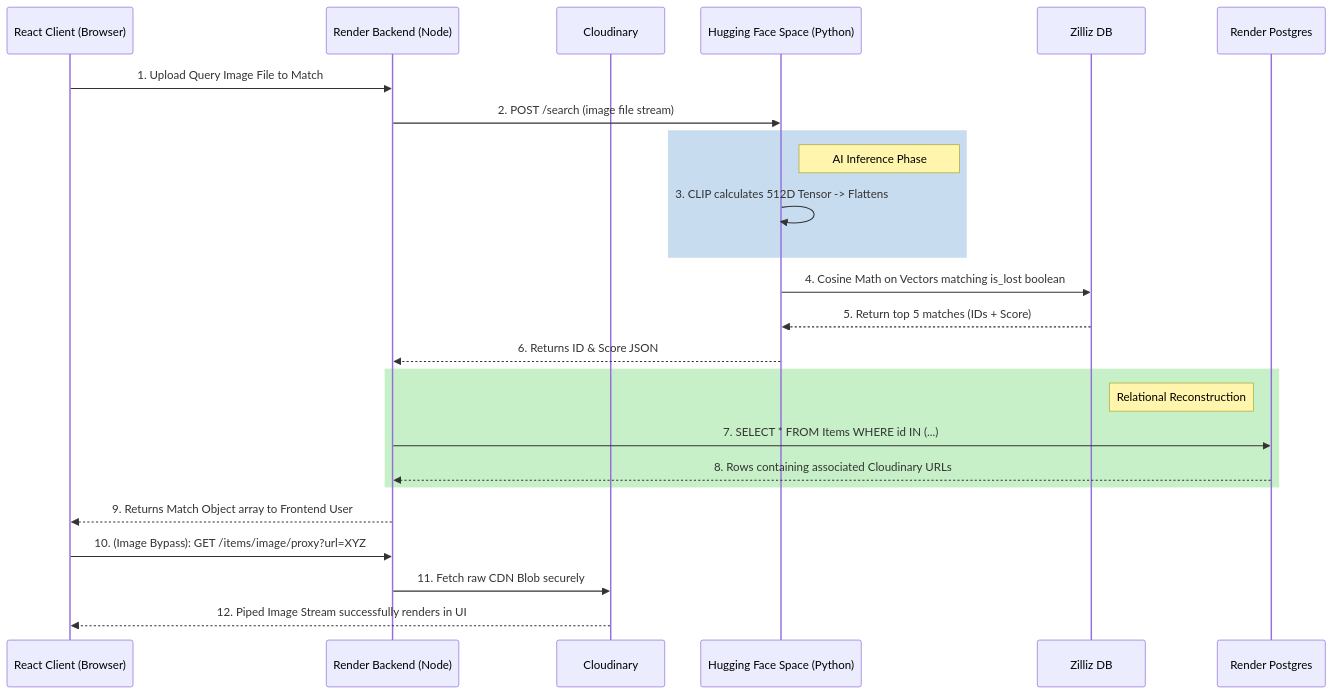
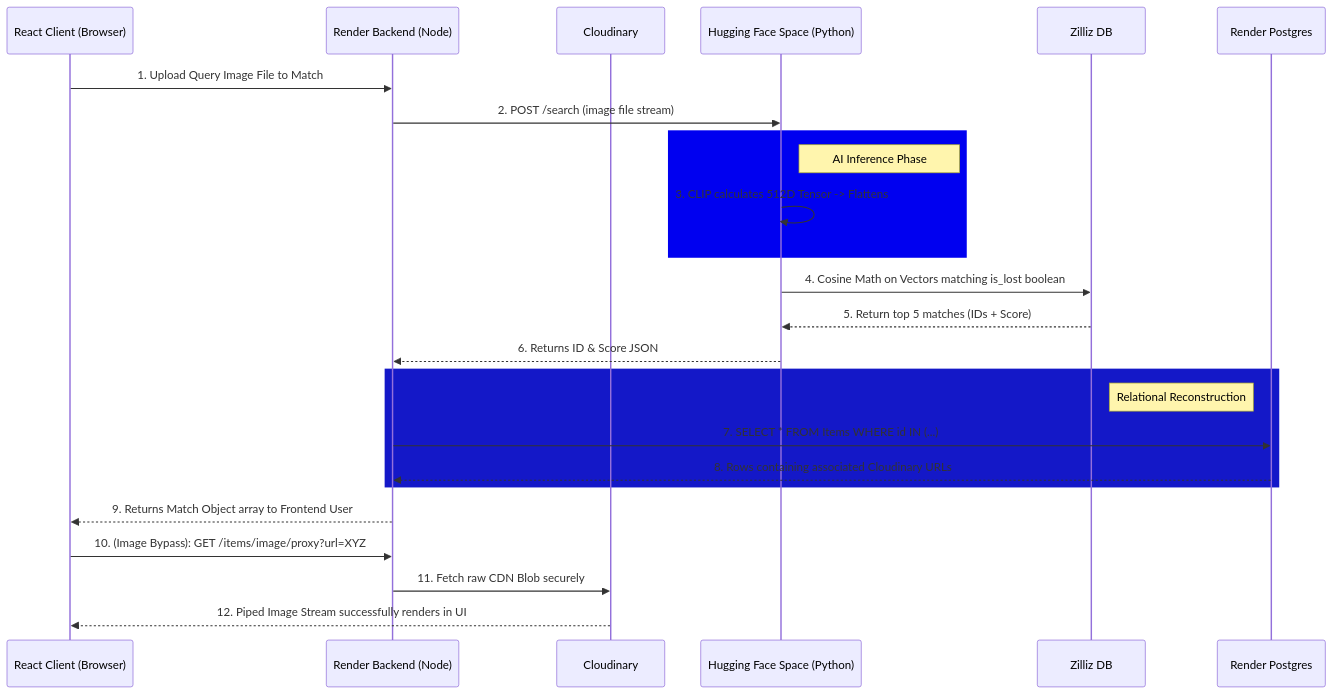
The second of 2 diagrams in README.md (ankit-372/universal-recovery-system), drawn with Mermaid before and after one commit.

Commit message:
Update color codes in README diagram

````diff
--- a/README.md
+++ b/README.md
@@ -73,32 +73,32 @@
 ```mermaid
 sequenceDiagram
     participant Client as React Client (Browser)
     participant Nest as Render Backend (Node)
     participant Cloud as Cloudinary
     participant Fast as Hugging Face Space (Python)
     participant Zil as Zilliz DB
     participant PG as Render Postgres
 
     Client->>Nest: 1. Upload Query Image File to Match
     Nest->>Fast: 2. POST /search (image file stream)
     
-    rect rgb(200, 220, 240)
+    rect rgb(0, 0, 240)
         Note right of Fast: AI Inference Phase
         Fast->>Fast: 3. CLIP calculates 512D Tensor -> Flattens
     end
 
     Fast->>Zil: 4. Cosine Math on Vectors matching is_lost boolean
     Zil-->>Fast: 5. Return top 5 matches (IDs + Score)
     Fast-->>Nest: 6. Returns ID & Score JSON
     
-    rect rgb(200, 240, 200)
+    rect rgb(20, 24, 200)
         Note left of PG: Relational Reconstruction
         Nest->>PG: 7. SELECT * FROM Items WHERE id IN (...)
         PG-->>Nest: 8. Rows containing associated Cloudinary URLs
     end
     
     Nest-->>Client: 9. Returns Match Object array to Frontend User
     Client->>Nest: 10. (Image Bypass): GET /items/image/proxy?url=XYZ
     Nest->>Cloud: 11. Fetch raw CDN Blob securely
     Cloud-->>Client: 12. Piped Image Stream successfully renders in UI
 ```
````
